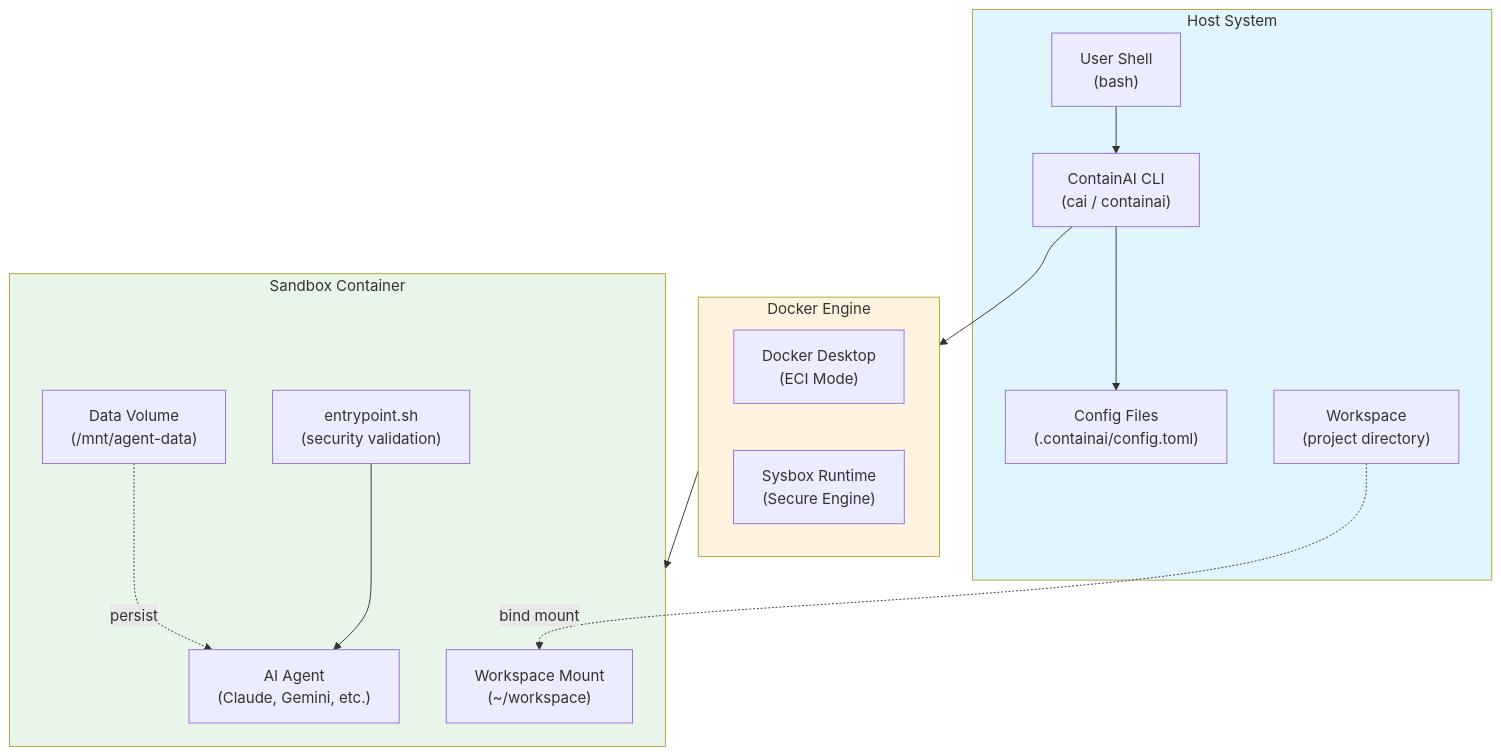
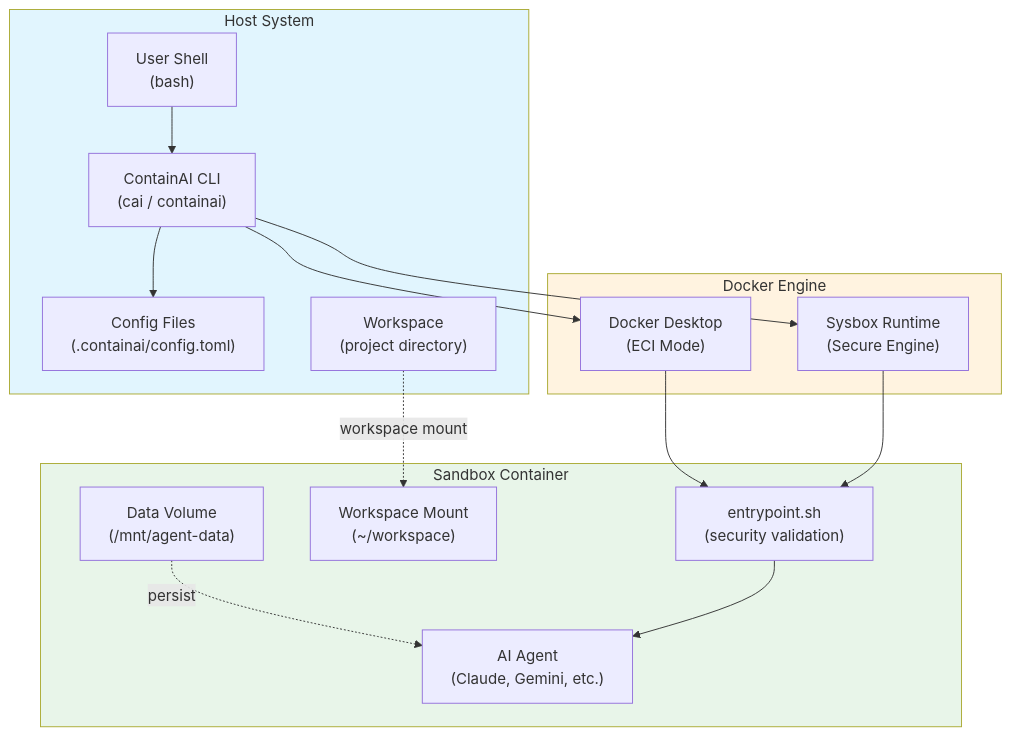
Before and after one commit to novotnyllc/ContainAI: the first of 8 diagrams in docs/architecture.md, drawn with Mermaid. The commit also changed other lines of this file, not shown here.

First line of the commit message:
docs(architecture): address third round of review feedback

````diff
--- a/docs/architecture.md
+++ b/docs/architecture.md
@@ -20,33 +20,35 @@
 ```mermaid
 flowchart TB
     subgraph Host["Host System"]
         User["User Shell<br/>(bash)"]
         CLI["ContainAI CLI<br/>(cai / containai)"]
         Config["Config Files<br/>(.containai/config.toml)"]
         Workspace["Workspace<br/>(project directory)"]
     end
 
-    subgraph Docker["Docker Engine"]
+    subgraph DockerLayer["Docker Engine"]
         DD["Docker Desktop<br/>(ECI Mode)"]
         Sysbox["Sysbox Runtime<br/>(Secure Engine)"]
     end
 
     subgraph Sandbox["Sandbox Container"]
         Agent["AI Agent<br/>(Claude, Gemini, etc.)"]
         DataVol["Data Volume<br/>(/mnt/agent-data)"]
         WorkMount["Workspace Mount<br/>(~/workspace)"]
         Entry["entrypoint.sh<br/>(security validation)"]
     end
 
     User --> CLI
     CLI --> Config
-    CLI --> Docker
-    Docker --> Sandbox
-    Workspace -.->|bind mount| WorkMount
+    CLI --> DD
+    CLI --> Sysbox
+    DD --> Entry
+    Sysbox --> Entry
+    Workspace -.->|"workspace mount"| WorkMount
     DataVol -.->|persist| Agent
     Entry --> Agent
 
     style Host fill:#e1f5fe
-    style Docker fill:#fff3e0
+    style DockerLayer fill:#fff3e0
     style Sandbox fill:#e8f5e9
 ```
````
